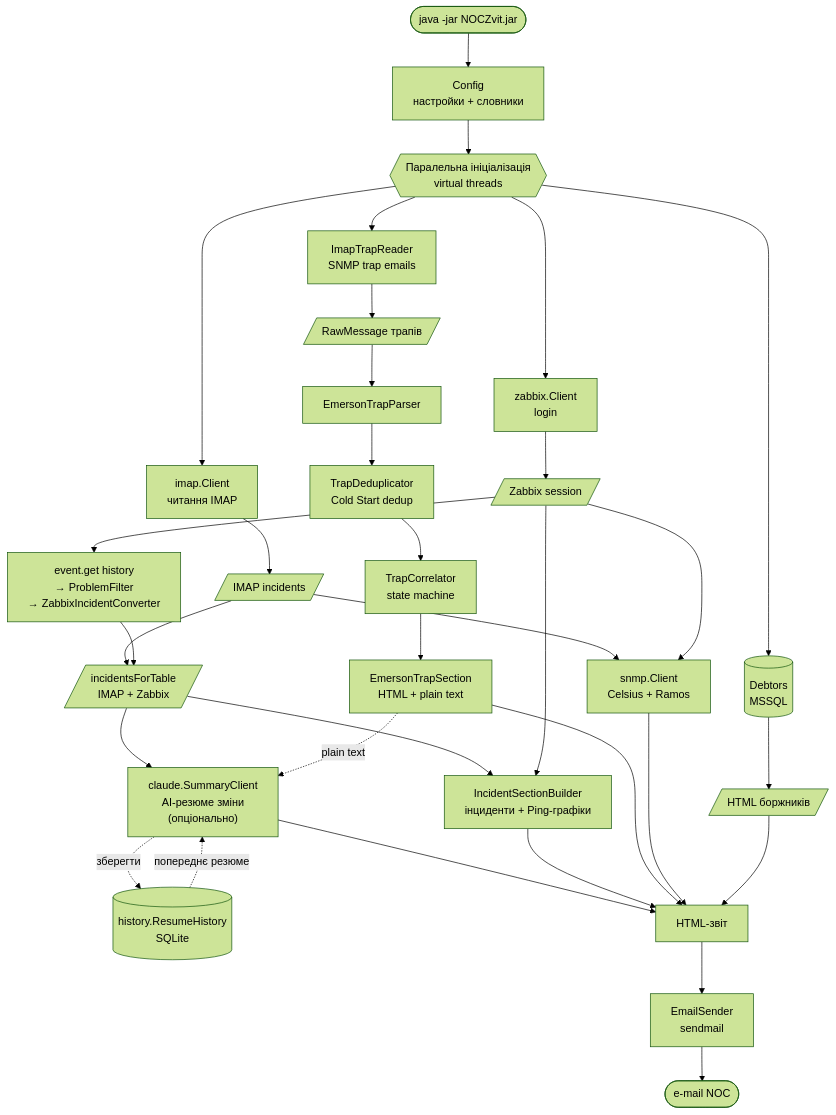
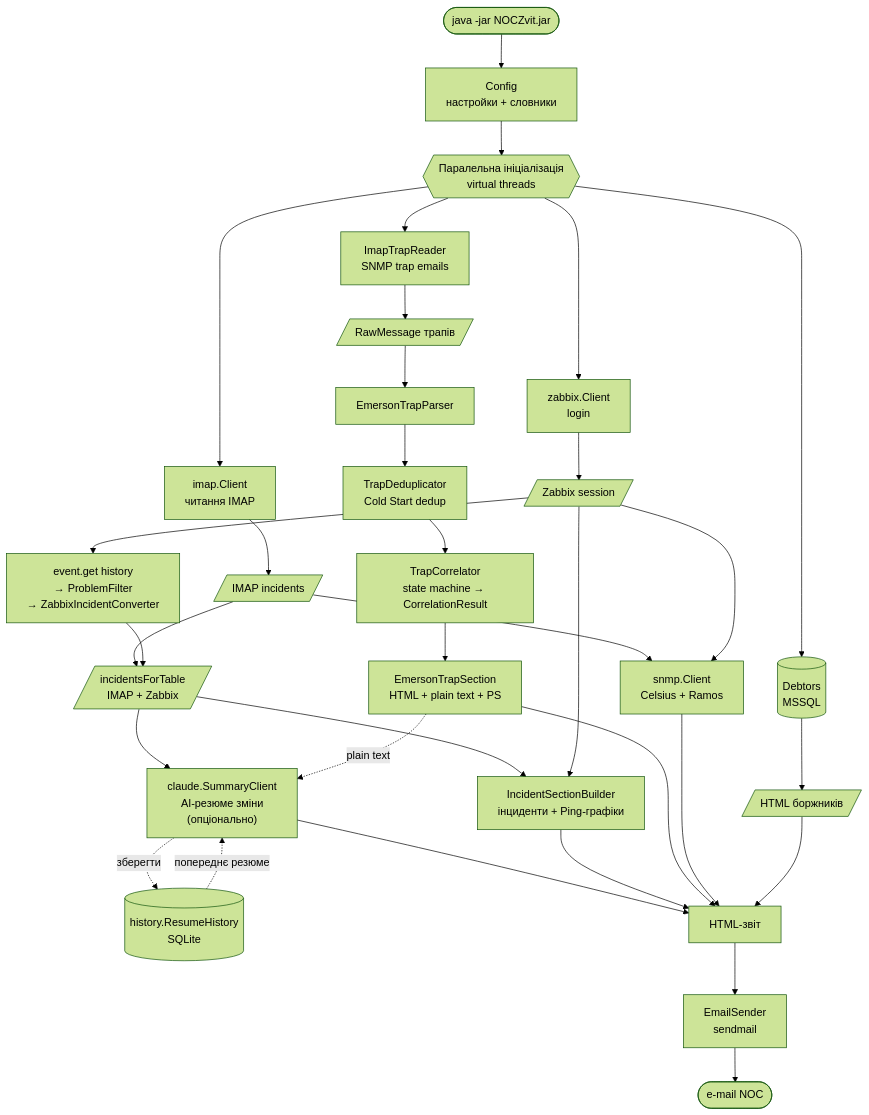
The first of 4 diagrams in README.md (oldengremlin/NOCZvit), drawn with Mermaid (forest theme) before and after one commit. The commit also changed other lines of this file and 1 other file, not shown here.

````diff
--- a/README.md
+++ b/README.md
@@ -20,43 +20,43 @@
 ```mermaid
 flowchart TD
     CLI([java -jar NOCZvit.jar]) --> CFG[Config\nнастройки + словники]
     CFG --> PAR{{"Паралельна ініціалізація\nvirtual threads"}}
 
     PAR --> IMAP[imap.Client\nчитання IMAP]
     PAR --> ZAB[zabbix.Client\nlogin]
     PAR --> DB[(Debtors\nMSSQL)]
     PAR --> TRAP[ImapTrapReader\nSNMP trap emails]
 
     IMAP --> INC[/IMAP incidents/]
     ZAB  --> ZS[/Zabbix session/]
     DB   --> DH[/HTML боржників/]
     TRAP --> TRAW[/RawMessage трапів/]
 
     ZS --> ZEVT["event.get history\n→ ProblemFilter\n→ ZabbixIncidentConverter"]
     INC  --> MERGE[/incidentsForTable\nIMAP + Zabbix/]
     ZEVT --> MERGE
 
     TRAW --> TPARS[EmersonTrapParser]
     TPARS --> TDEDUP[TrapDeduplicator\nCold Start dedup]
-    TDEDUP --> TCORR[TrapCorrelator\nstate machine]
-    TCORR --> TSECT[EmersonTrapSection\nHTML + plain text]
+    TDEDUP --> TCORR[TrapCorrelator\nstate machine → CorrelationResult]
+    TCORR --> TSECT["EmersonTrapSection\nHTML + plain text + PS"]
 
     MERGE --> CLAUDE["claude.SummaryClient\nAI-резюме зміни\n(опціонально)"]
     TSECT -. plain text .-> CLAUDE
     MERGE --> ISB[IncidentSectionBuilder\nінциденти + Ping-графіки]
     ZS    --> ISB
     INC & ZS --> SNMP[snmp.Client\nCelsius + Ramos]
 
     HIST[(history.ResumeHistory\nSQLite)]
     HIST -. попереднє резюме .-> CLAUDE
     CLAUDE -. зберегти .-> HIST
 
     CLAUDE --> HTML[HTML-звіт]
     ISB  --> HTML
     TSECT --> HTML
     SNMP --> HTML
     DH   --> HTML
 
     HTML --> MAIL[EmailSender\nsendmail]
     MAIL --> OUT([e-mail NOC])
 ```
````
